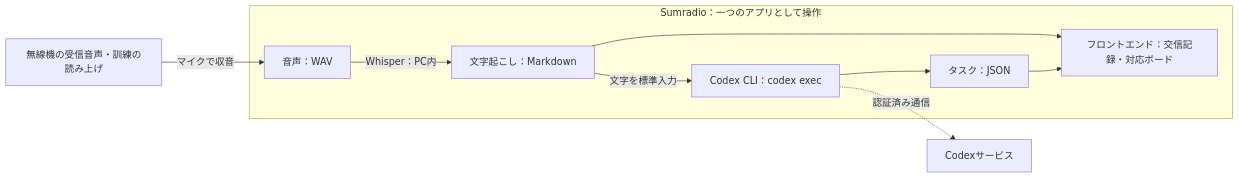
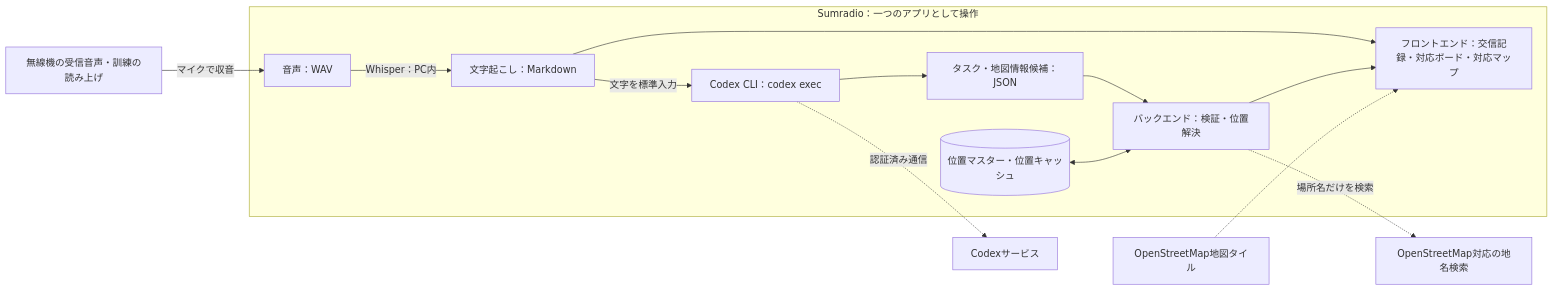
The diagram in Document/技術仕様.md (shuob192/Sumradio), drawn with Mermaid before and after one commit. The commit also changed other lines of this file and 3 other files, not shown here.

````diff
--- a/Document/技術仕様.md
+++ b/Document/技術仕様.md
@@ -9,12 +9,16 @@
 ```mermaid
 flowchart LR
     R[無線機の受信音声・訓練の読み上げ] -->|マイクで収音| W
     subgraph APP[Sumradio：一つのアプリとして操作]
         W[音声：WAV] -->|Whisper：PC内| M[文字起こし：Markdown]
         M -->|文字を標準入力| C[Codex CLI：codex exec]
-        C --> J[タスク：JSON]
-        M --> U[フロントエンド：交信記録・対応ボード]
-        J --> U
+        C --> J[タスク・地図情報候補：JSON]
+        J --> B[バックエンド：検証・位置解決]
+        L[(位置マスター・位置キャッシュ)] <--> B
+        M --> U
+        B --> U[フロントエンド：交信記録・対応ボード・対応マップ]
     end
     C -.->|認証済み通信| O[Codexサービス]
+    B -.->|場所名だけを検索| G[OpenStreetMap対応の地名検索]
+    T[OpenStreetMap地図タイル] -.-> U
 ```
````
